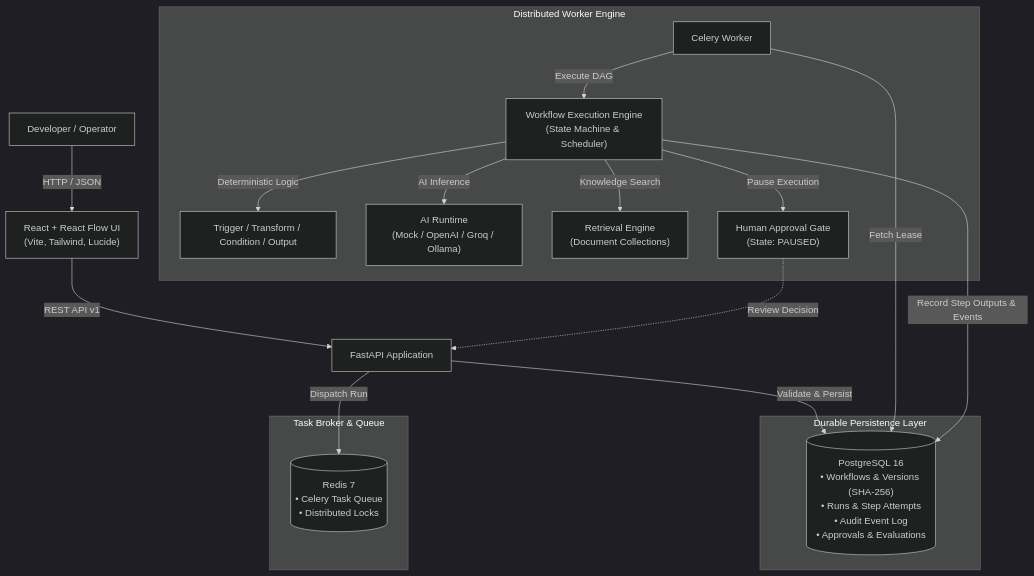
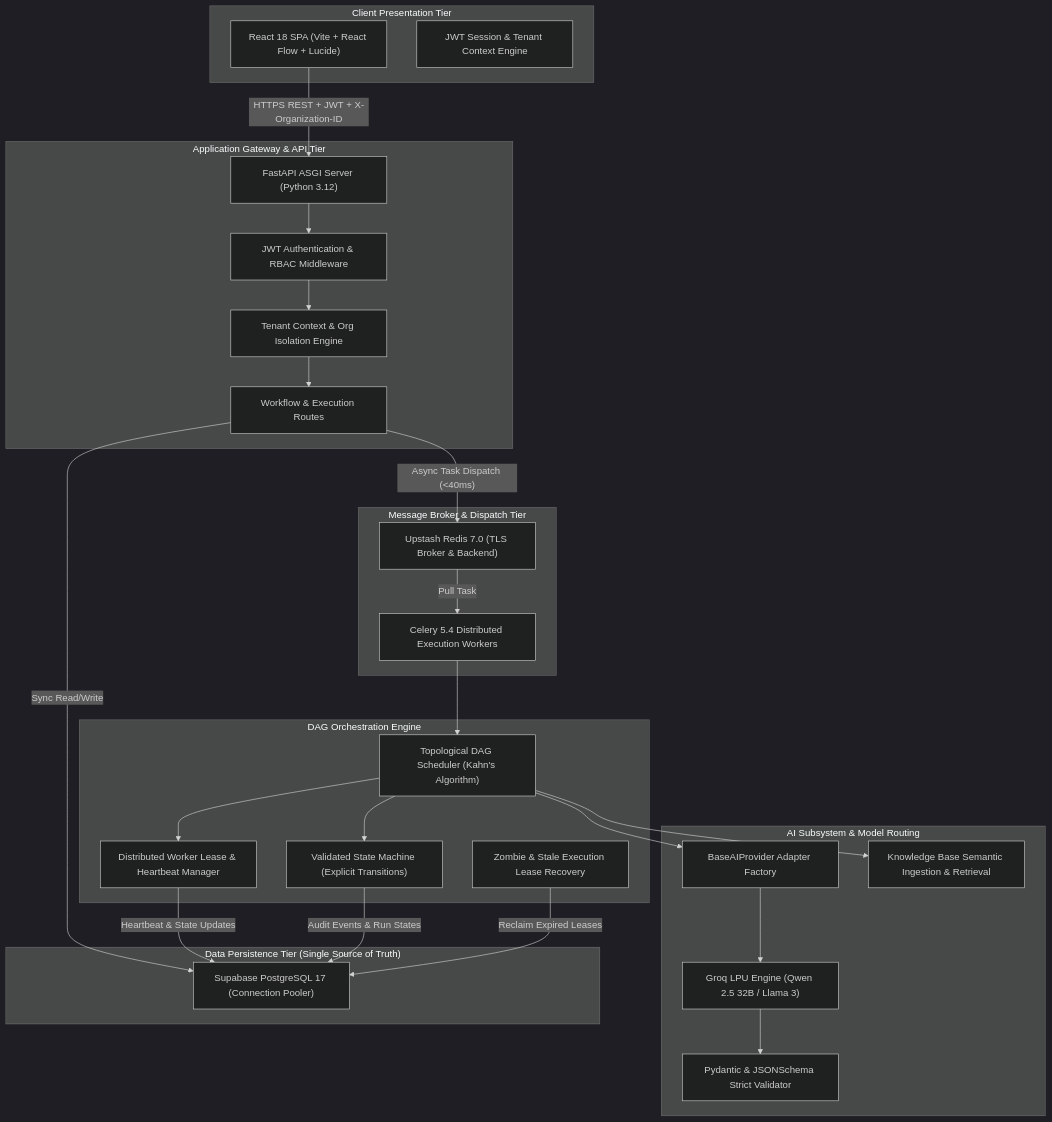
Before and after one commit to crazycodeop/flowforge-ai: the first of 4 diagrams in README.md, drawn with Mermaid (dark theme). The commit also changed other lines of this file and 56 other files, not shown here.

Commit message:
feat: complete enterprise multi-tenant SaaS architecture, responsive Render UI, and GitHub documentation

````diff
--- a/README.md
+++ b/README.md
@@ -51,30 +40,59 @@
 ```mermaid
 flowchart TD
-    User["Developer / Operator"] -->|HTTP / JSON| Frontend["React + React Flow UI\n(Vite, Tailwind, Lucide)"]
-    Frontend -->|REST API v1| API["FastAPI Application"]
-    
-    subgraph Storage ["Durable Persistence Layer"]
-        PG[("PostgreSQL 16\n• Workflows & Versions (SHA-256)\n• Runs & Step Attempts\n• Audit Event Log\n• Approvals & Evaluations")]
+    subgraph Client ["Client Presentation Tier"]
+        UI["React 18 SPA (Vite + React Flow + Lucide)"]
+        AuthUI["JWT Session & Tenant Context Engine"]
     end
 
-    subgraph Coordination ["Task Broker & Queue"]
-        Redis[("Redis 7\n• Celery Task Queue\n• Distributed Locks")]
+    subgraph Gateway ["Application Gateway & API Tier"]
+        FastAPI["FastAPI ASGI Server (Python 3.12)"]
+        AuthMiddleware["JWT Authentication & RBAC Middleware"]
+        TenancyMiddleware["Tenant Context & Org Isolation Engine"]
+        EngineRoutes["Workflow & Execution Routes"]
     end
 
-    API -->|Validate & Persist| PG
-    API -->|Dispatch Run| Redis
-    
-    subgraph Execution ["Distributed Worker Engine"]
-        Worker["Celery Worker"] -->|Fetch Lease| PG
-        Worker -->|Execute DAG| Engine["Workflow Execution Engine\n(State Machine & Scheduler)"]
-        
-        Engine -->|Deterministic Logic| DetNodes["Trigger / Transform / Condition / Output"]
-        Engine -->|AI Inference| AIRuntime["AI Runtime\n(Mock / OpenAI / Groq / Ollama)"]
-        Engine -->|Knowledge Search| DocStore["Retrieval Engine\n(Document Collections)"]
-        Engine -->|Pause Execution| ApprovalGate["Human Approval Gate\n(State: PAUSED)"]
-        
-        Engine -->|Record Step Outputs & Events| PG
+    subgraph Messaging ["Message Broker & Dispatch Tier"]
+        RedisBroker["Upstash Redis 7.0 (TLS Broker & Backend)"]
+        CeleryWorker["Celery 5.4 Distributed Execution Workers"]
     end
-    
-    ApprovalGate -.->|Review Decision| API
+
+    subgraph CoreEngine ["DAG Orchestration Engine"]
+        Scheduler["Topological DAG Scheduler (Kahn's Algorithm)"]
+        StateManager["Validated State Machine (Explicit Transitions)"]
+        LeaseManager["Distributed Worker Lease & Heartbeat Manager"]
+        RecoveryWorker["Zombie & Stale Execution Lease Recovery"]
+    end
+
+    subgraph AIService ["AI Subsystem & Model Routing"]
+        AdapterFactory["BaseAIProvider Adapter Factory"]
+        GroqAdapter["Groq LPU Engine (Qwen 2.5 32B / Llama 3)"]
+        SchemaValidator["Pydantic & JSONSchema Strict Validator"]
+        VectorStore["Knowledge Base Semantic Ingestion & Retrieval"]
+    end
+
+    subgraph DataTier ["Data Persistence Tier (Single Source of Truth)"]
+        Postgres["Supabase PostgreSQL 17 (Connection Pooler)"]
+    end
+
+    UI -->|"HTTPS REST + JWT + X-Organization-ID"| FastAPI
+    FastAPI --> AuthMiddleware
+    AuthMiddleware --> TenancyMiddleware
+    TenancyMiddleware --> EngineRoutes
+
+    EngineRoutes -->|"Sync Read/Write"| Postgres
+    EngineRoutes -->|"Async Task Dispatch (<40ms)"| RedisBroker
+    RedisBroker -->|"Pull Task"| CeleryWorker
+
+    CeleryWorker --> Scheduler
+    Scheduler --> LeaseManager
+    Scheduler --> StateManager
+    Scheduler --> AdapterFactory
+
+    AdapterFactory --> GroqAdapter
+    GroqAdapter --> SchemaValidator
+    Scheduler --> VectorStore
+
+    LeaseManager -->|"Heartbeat & State Updates"| Postgres
+    StateManager -->|"Audit Events & Run States"| Postgres
+    RecoveryWorker -->|"Reclaim Expired Leases"| Postgres
 ```
````
